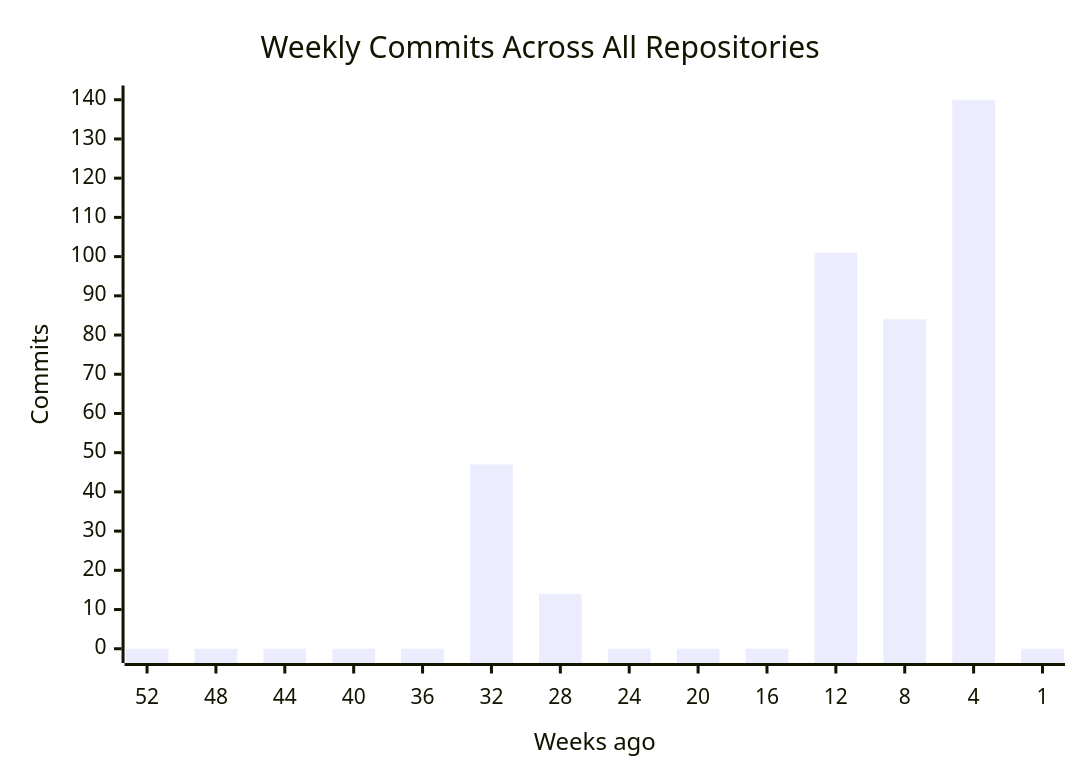
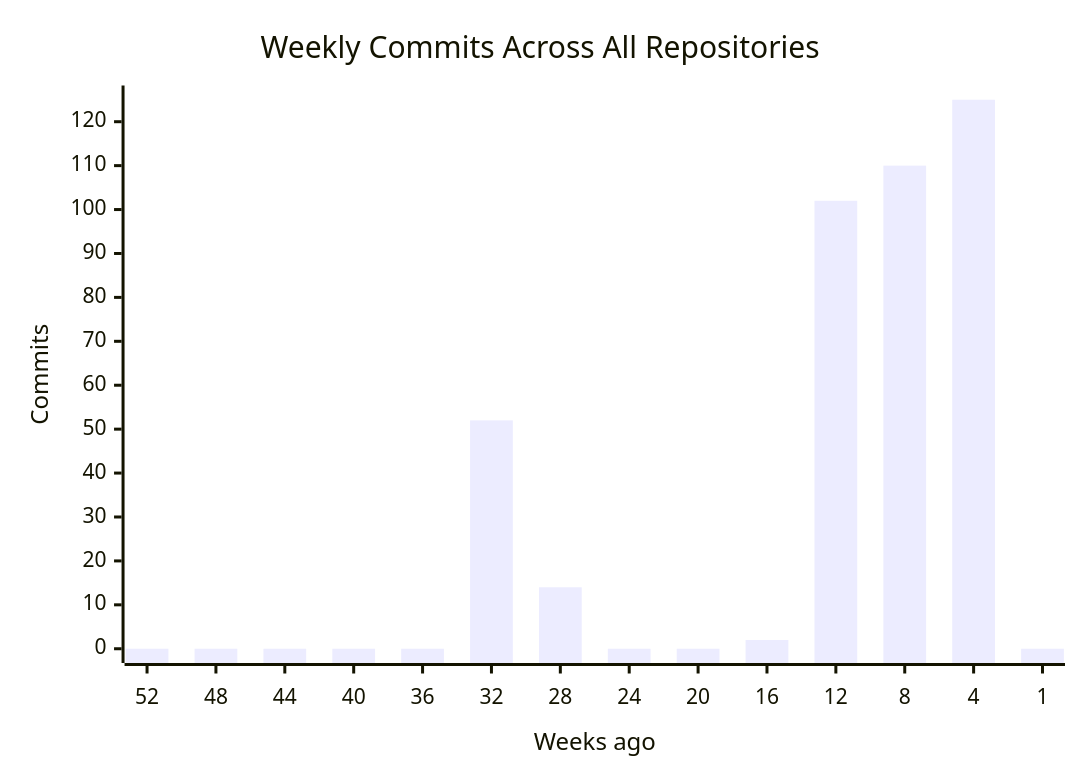
Before and after one commit to CSTH-Projects/.github: the first of 4 diagrams in profile/README.md, drawn with Mermaid. The commit also changed other lines of this file, not shown here.

````diff
--- a/profile/README.md
+++ b/profile/README.md
@@ -16,7 +16,7 @@
 ```mermaid
 xychart-beta
     title "Weekly Commits Across All Repositories"
     x-axis "Weeks ago" [52, 48, 44, 40, 36, 32, 28, 24, 20, 16, 12, 8, 4, 1]
     y-axis "Commits"
-    bar [0, 0, 0, 0, 0, 47, 14, 0, 0, 0, 101, 84, 140, 0]
+    bar [0, 0, 0, 0, 0, 52, 14, 0, 0, 2, 102, 110, 125, 0]
 ```
````
